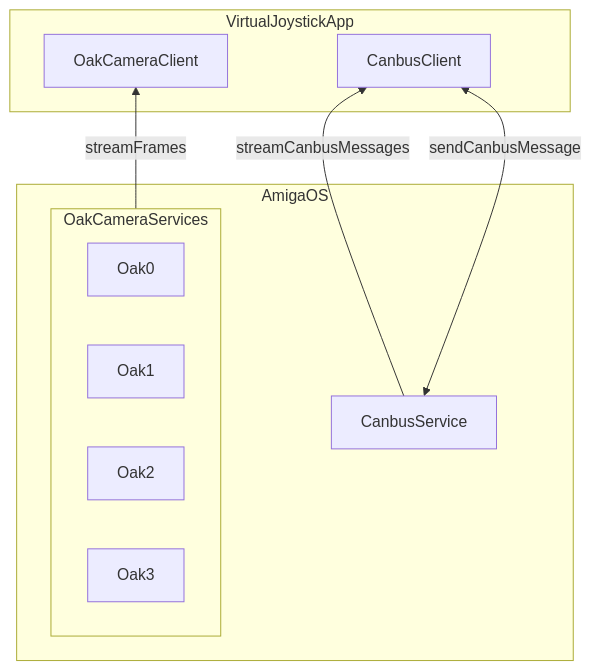
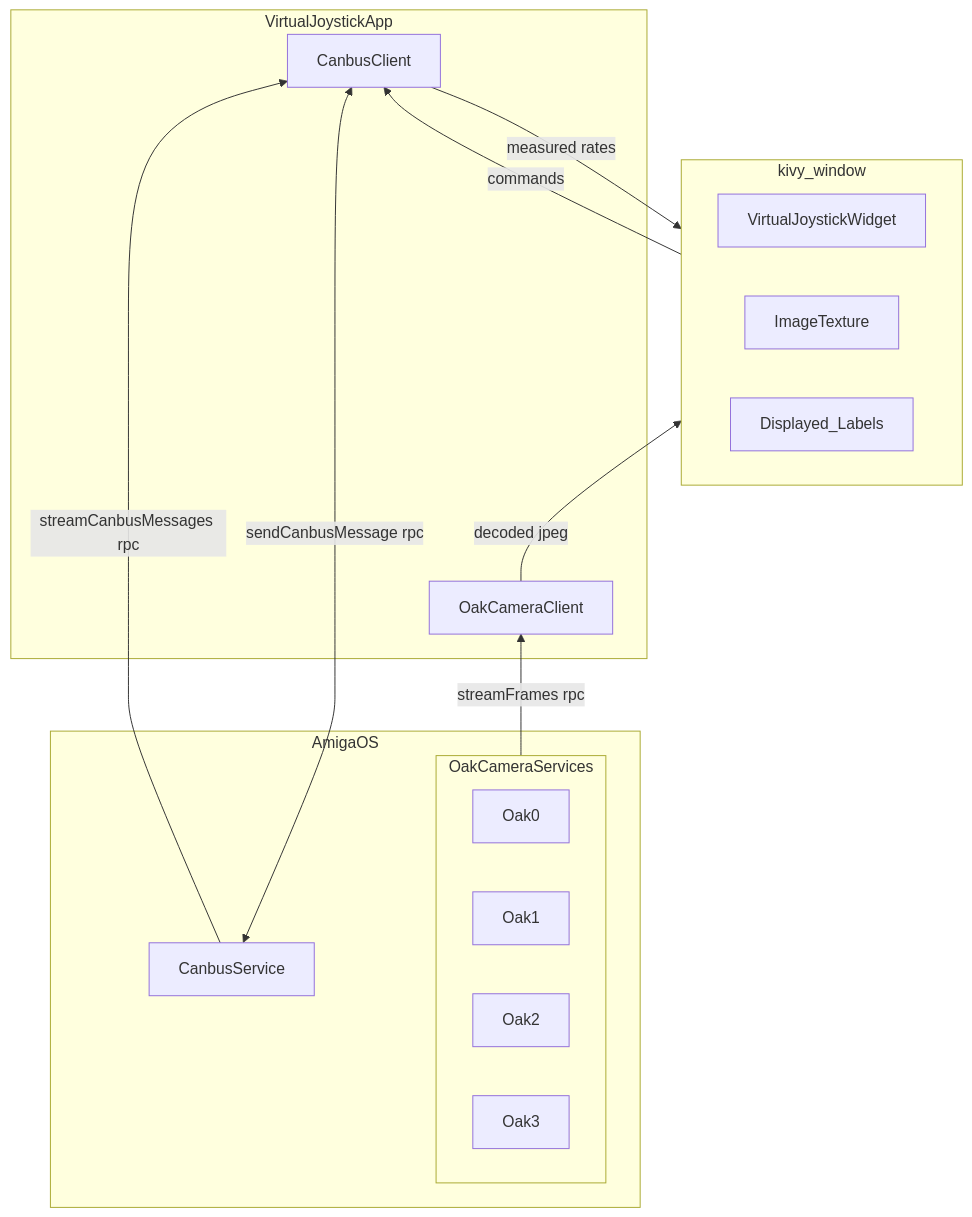
One commit to farm-ng/amiga-dev-kit changed the diagram in website/docs/tutorials/virtual_joystick/00_overview.mdx. Above: the diagram before and after it, drawn with Mermaid. The commit also changed other lines of this file, not shown here.

Commit message:
Add kivy window to block diagram

````diff
--- a/website/docs/tutorials/virtual_joystick/00_overview.mdx
+++ b/website/docs/tutorials/virtual_joystick/00_overview.mdx
@@ -37,26 +37,32 @@
 ```mermaid
   flowchart BT;
-
-    subgraph VirtualJoystickApp
-        OakCameraClient
-        CanbusClient
+    subgraph kivy_window
+        direction LR
+        VirtualJoystickWidget
+        ImageTexture
+        Displayed_Labels
     end
 
     subgraph AmigaOS
         OakCameraServices
         CanbusService
+    end
+
+    subgraph VirtualJoystickApp
+        VirtualJoystickWidget -- commands --> CanbusClient
+        CanbusClient -- measured rates --> Displayed_Labels
+        OakCameraClient -- decoded jpeg --> ImageTexture
     end
 
     subgraph OakCameraServices
         direction LR
         Oak0
         Oak1
         Oak2
         Oak3
     end
 
-
-    Oak0 -- streamFrames --> OakCameraClient
-    CanbusService -- streamCanbusMessages --> CanbusClient
-    CanbusService <-- sendCanbusMessage --> CanbusClient
+    Oak0 -- streamFrames rpc --> OakCameraClient
+    CanbusService -- streamCanbusMessages rpc --> CanbusClient
+    CanbusService <-- sendCanbusMessage rpc --> CanbusClient
 ```
````
